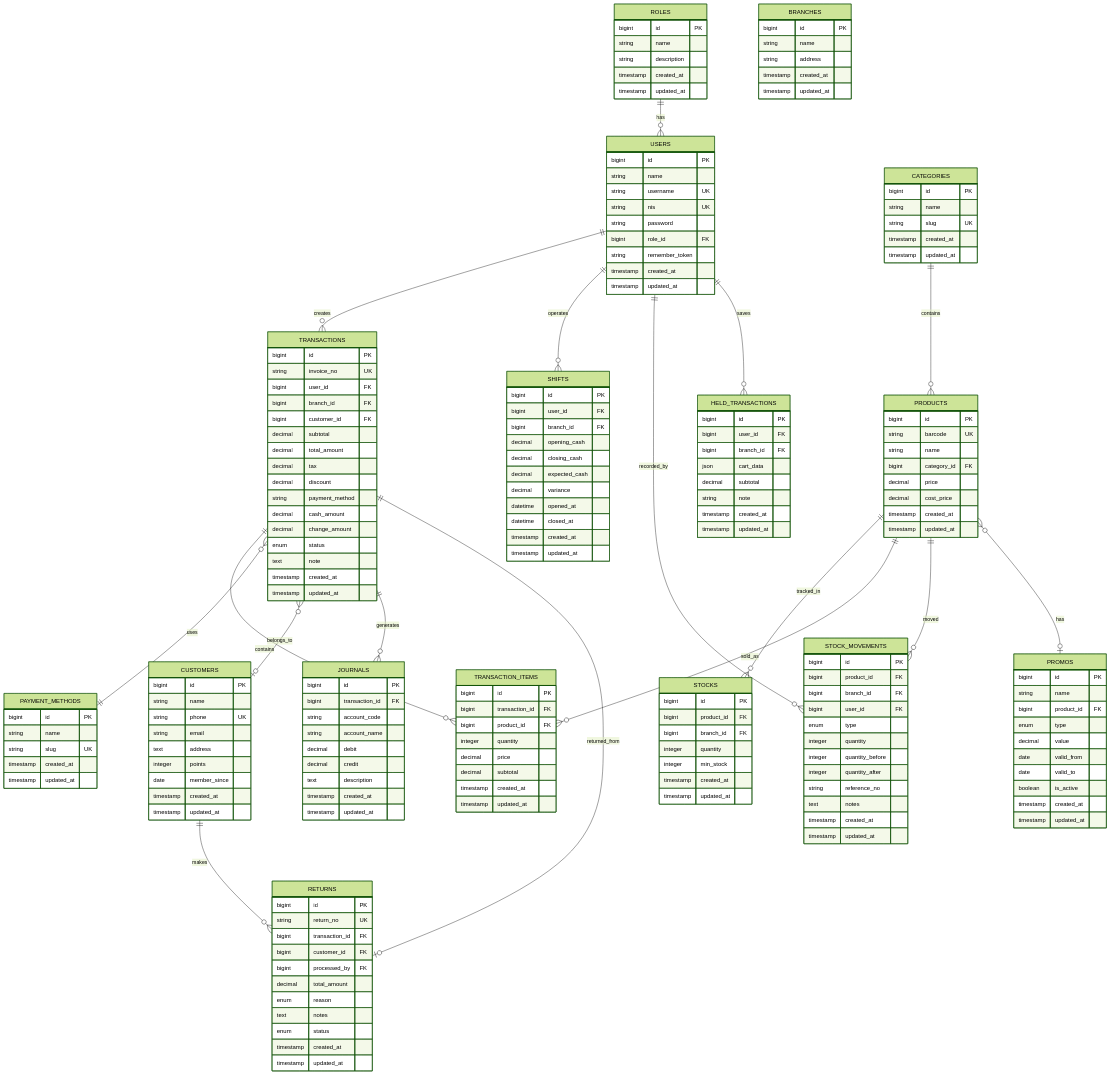
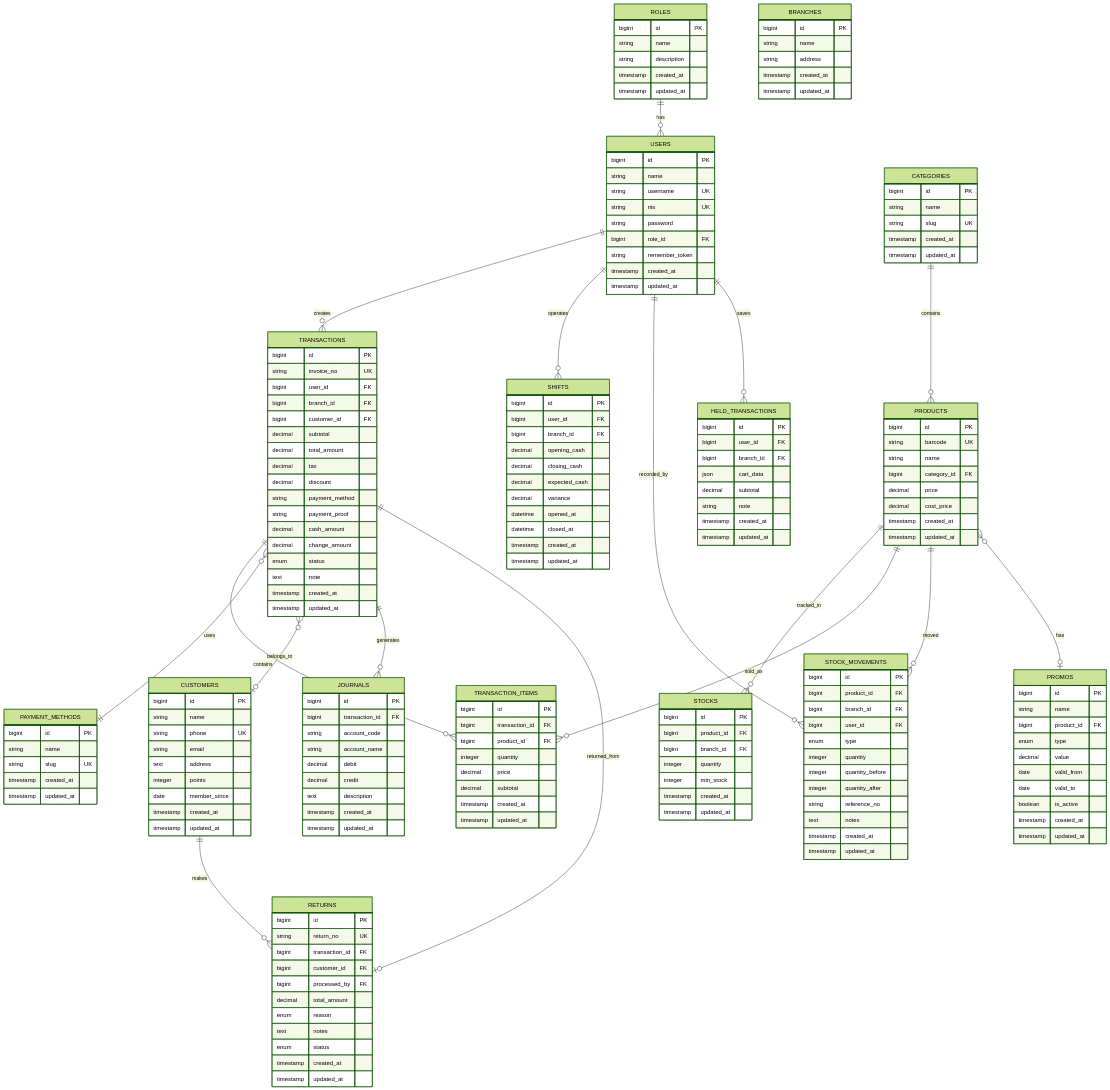
Before and after one commit to rasyakt/ARTIKA: the diagram in DATABASE.md, drawn with Mermaid (forest theme). The commit also changed other lines of this file and 12 other files, not shown here.

Commit message:
feat: Implement Point of Sale (POS) system and add comprehensive user guides for Admin, Cashier, and Warehouse roles, with updated installation and architecture documentation. and fix barcode scanner eksternal

````diff
--- a/DATABASE.md
+++ b/DATABASE.md
@@ -43,27 +43,27 @@
 ```mermaid
 erDiagram
     ROLES ||--o{ USERS : "has"
-    
+
     USERS ||--o{ TRANSACTIONS : "creates"
     USERS ||--o{ SHIFTS : "operates"
-    
+
     CATEGORIES ||--o{ PRODUCTS : "contains"
     PRODUCTS ||--o{ STOCKS : "tracked_in"
     PRODUCTS ||--o{ TRANSACTION_ITEMS : "sold_as"
-    
+
     TRANSACTIONS ||--o{ TRANSACTION_ITEMS : "contains"
     TRANSACTIONS }o--|| PAYMENT_METHODS : "uses"
     TRANSACTIONS }o--o| CUSTOMERS : "belongs_to"
     TRANSACTIONS ||--o{ JOURNALS : "generates"
-    
+
     PRODUCTS ||--o{ STOCK_MOVEMENTS : "moved"
     USERS ||--o{ STOCK_MOVEMENTS : "recorded_by"
-    
+
     CUSTOMERS ||--o{ RETURNS : "makes"
     TRANSACTIONS ||--o| RETURNS : "returned_from"
-    
+
     USERS ||--o{ HELD_TRANSACTIONS : "saves"
-    
+
     PRODUCTS }o--o| PROMOS : "has"
 
     ROLES {
@@ -146,6 +146,7 @@
         decimal tax
         decimal discount
         string payment_method
+        string payment_proof
         decimal cash_amount
         decimal change_amount
         enum status
````
